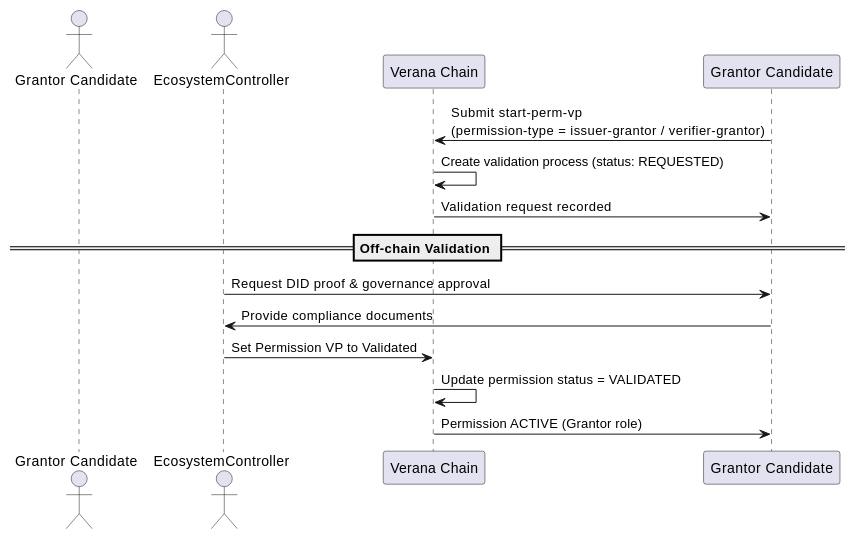
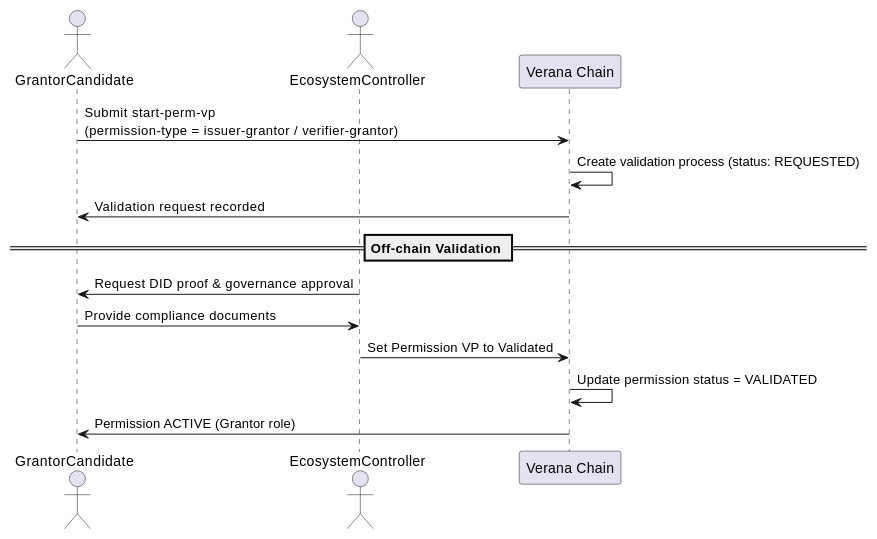
Before and after one commit to verana-labs/verana-docs: the fifth of 5 diagrams in docs/use/ecosystems/20-onboarding.md, drawn with PlantUML.

Commit message:
feat: improve validation process

````diff
--- a/docs/use/ecosystems/20-onboarding.md
+++ b/docs/use/ecosystems/20-onboarding.md
@@ -270,18 +270,18 @@
 ```plantuml
 @startuml
-actor Applicant as "Grantor Candidate"
-actor EcosystemController
+actor "GrantorCandidate" as GrantorCandidate
+actor "EcosystemController" as EcosystemController
 participant "Verana Chain" as Chain
 
-"Grantor Candidate" -> Chain: Submit start-perm-vp\n(permission-type = issuer-grantor / verifier-grantor)
+GrantorCandidate -> Chain: Submit start-perm-vp\n(permission-type = issuer-grantor / verifier-grantor)
 Chain -> Chain: Create validation process (status: REQUESTED)
-"Grantor Candidate" <- Chain: Validation request recorded
+GrantorCandidate <- Chain: Validation request recorded
 
 == Off-chain Validation ==
-EcosystemController -> "Grantor Candidate": Request DID proof & governance approval
-"Grantor Candidate" -> EcosystemController: Provide compliance documents
+EcosystemController -> GrantorCandidate: Request DID proof & governance approval
+GrantorCandidate -> EcosystemController: Provide compliance documents
 EcosystemController -> Chain: Set Permission VP to Validated
 Chain -> Chain: Update permission status = VALIDATED
-"Grantor Candidate" <- Chain: Permission ACTIVE (Grantor role)
+GrantorCandidate <- Chain: Permission ACTIVE (Grantor role)
 @enduml
 ```
````
